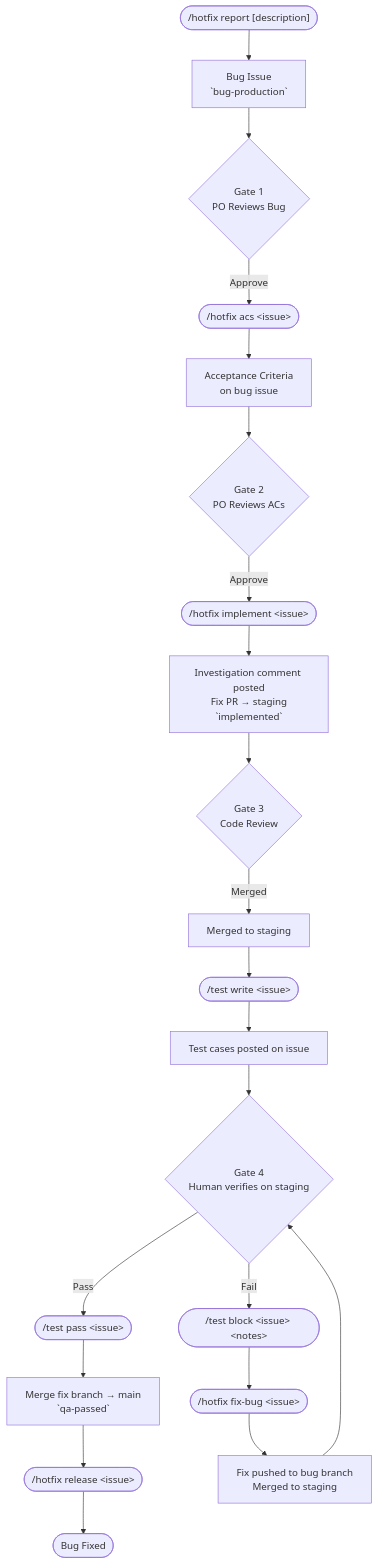
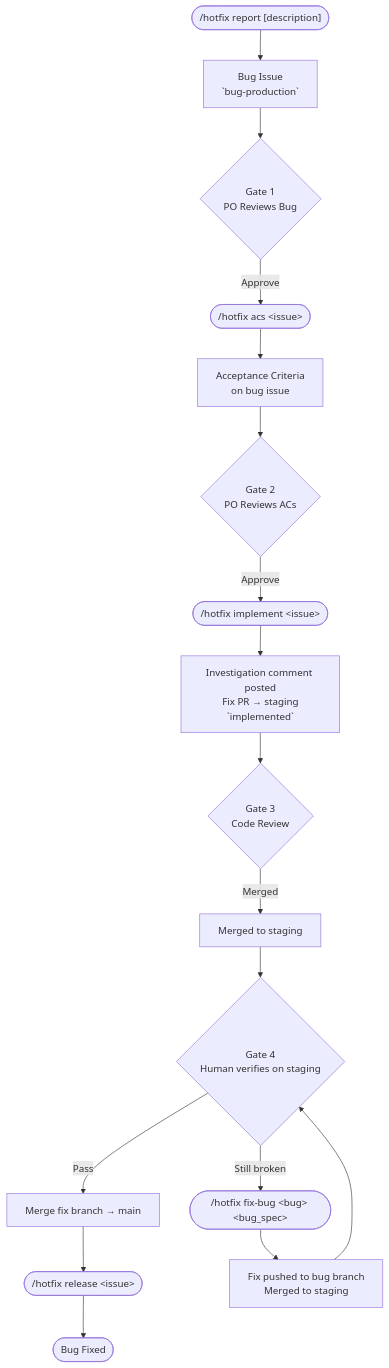
The third of 7 diagrams in README.md (simpscal/notism), drawn with Mermaid before and after one commit. The commit also changed other lines of this file and 18 other files, not shown here.

````diff
--- a/README.md
+++ b/README.md
@@ -202,23 +186,19 @@
 ```mermaid
 flowchart TD
     A(["/hotfix report [description]"]) --> B["Bug Issue\n`bug-production`"]
     B --> G1{Gate 1\nPO Reviews Bug}
     G1 -->|Approve| C(["/hotfix acs &lt;issue&gt;"])
     C --> D["Acceptance Criteria\non bug issue"]
     D --> G2{Gate 2\nPO Reviews ACs}
     G2 -->|Approve| H(["/hotfix implement &lt;issue&gt;"])
     H --> I["Investigation comment posted\nFix PR → staging\n`implemented`"]
     I --> G3{Gate 3\nCode Review}
     G3 -->|Merged| I2["Merged to staging"]
-    I2 --> QA(["/test write &lt;issue&gt;"])
-    QA --> QAH["Test cases posted on issue"]
-    QAH --> G4{Gate 4\nHuman verifies on staging}
-    G4 -->|Pass| QP(["/test pass &lt;issue&gt;"])
-    QP --> QP2["Merge fix branch → main\n`qa-passed`"]
+    I2 --> G4{Gate 4\nHuman verifies on staging}
+    G4 -->|Pass| QP2["Merge fix branch → main"]
     QP2 --> J(["/hotfix release &lt;issue&gt;"])
     J --> K([Bug Fixed])
-    G4 -->|Fail| QB(["/test block &lt;issue&gt; &lt;notes&gt;"])
-    QB --> FIX(["/hotfix fix-bug &lt;issue&gt;"])
+    G4 -->|Still broken| FIX(["/hotfix fix-bug &lt;bug&gt; &lt;bug_spec&gt;"])
     FIX --> FIX2["Fix pushed to bug branch\nMerged to staging"]
     FIX2 --> G4
 ```
````
